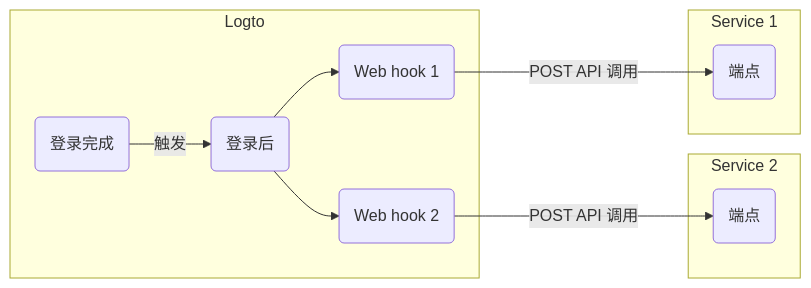
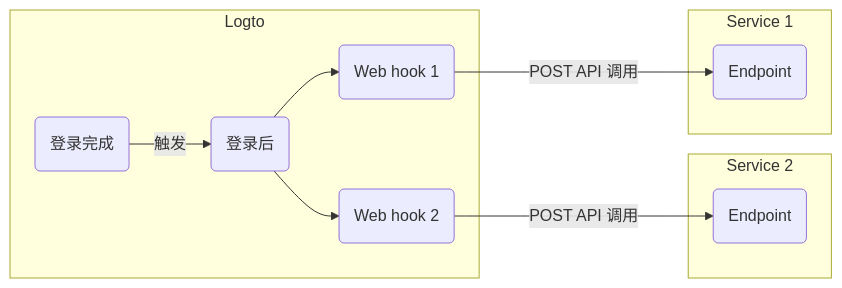
Before and after one commit to logto-io/docs: the diagram in i18n/zh-CN/docusaurus-plugin-content-docs/current/developers/webhooks/README.mdx, drawn with Mermaid. The commit also changed other lines of this file and 357 other files, not shown here.

````diff
--- a/i18n/zh-CN/docusaurus-plugin-content-docs/current/developers/webhooks/README.mdx
+++ b/i18n/zh-CN/docusaurus-plugin-content-docs/current/developers/webhooks/README.mdx
@@ -36,24 +36,24 @@
 ```mermaid
 graph LR
   subgraph Logto
     SF(登录完成)
     PS(登录后)
     WH2(Web hook 2)
     WH1(Web hook 1)
   end
 
   subgraph Service 2
-    E2(端点)
+    E2(Endpoint)
   end
 
   subgraph Service 1
-    E1(端点)
+    E1(Endpoint)
   end
 
   SF -->|触发| PS
   PS --> WH1
   PS --> WH2
   WH1 --->|POST API 调用| E1
   WH2 --->|POST API 调用| E2
 
 ```
````
